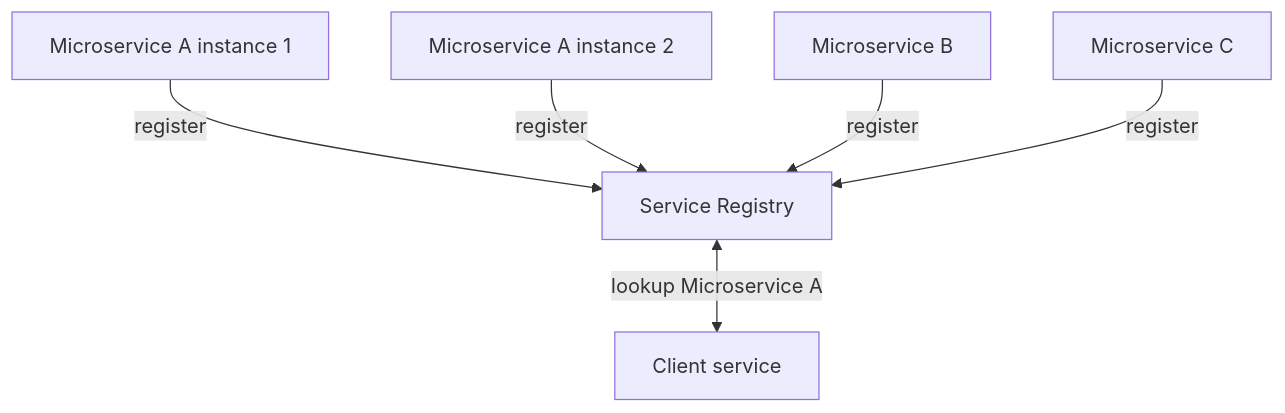
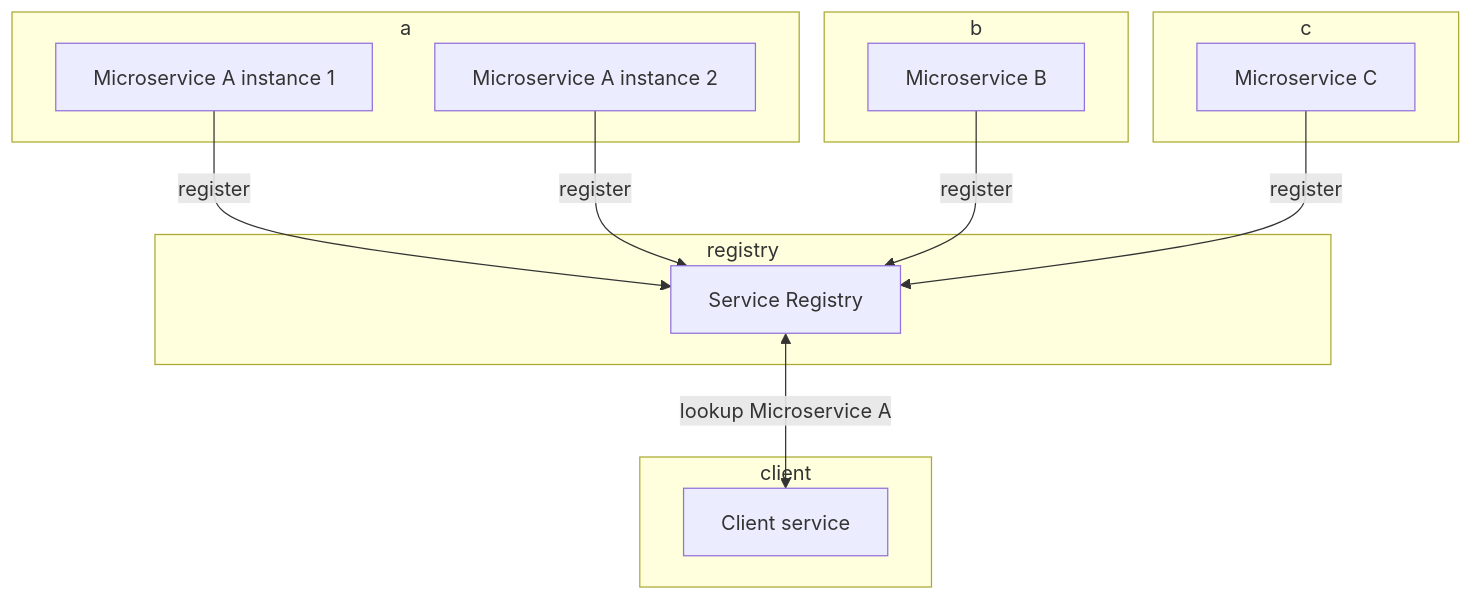
One commit to sonamsamdupkhangsar/sonamsamdupkhangsar.github.io changed the diagram in service-discovery/README.md. Above: the diagram before and after it, drawn with Mermaid. The commit also changed other lines of this file, not shown here.

Commit message:
add service discovery

````diff
--- a/service-discovery/README.md
+++ b/service-discovery/README.md
@@ -8,15 +8,25 @@
 ```mermaid
 flowchart TD   
+    subgraph a
     A1[Microservice A instance 1]
     A2[Microservice A instance 2]
+    end
+    subgraph b
     B[Microservice B]
+    end
+    subgraph c
     C[Microservice C]
+    end
+    subgraph registry
     Eureka[Service Registry]
+    end
+    subgraph client
     D[Client service] 
+    end
 
     A1 --> |register| Eureka
     A2 --> |register| Eureka
     B --> |register| Eureka
     C --> |register| Eureka
     Eureka <-->|lookup Microservice A| D
 ``` 
````
